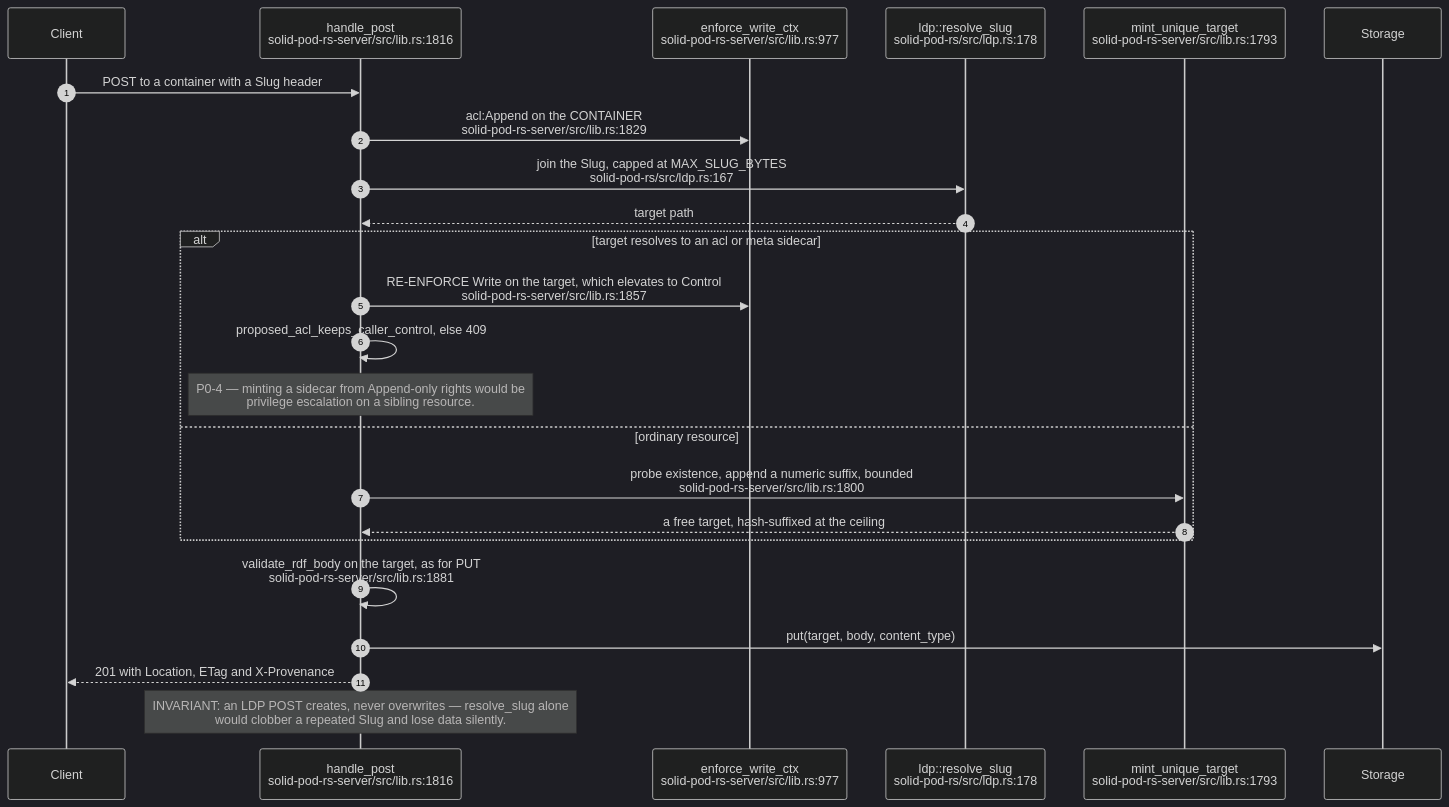
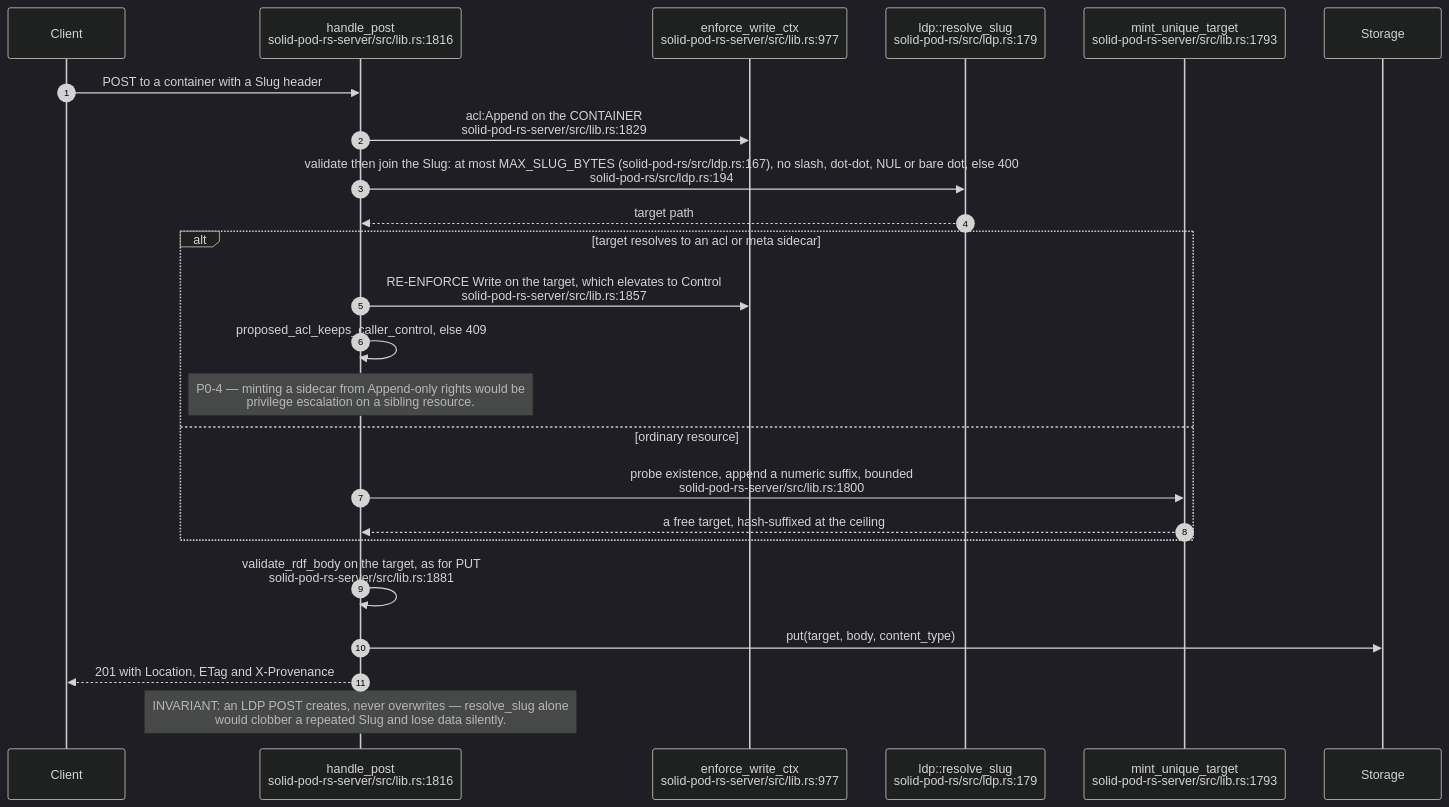
The fourth of 11 diagrams in docs/diagrams/solid-pod-rs/03-ldp-request-lifecycle.md (DreamLab-AI/VisionFlow), drawn with Mermaid (dark theme) before and after one commit. The commit also changed other lines of this file and 145 other files, not shown here.

````diff
--- a/docs/diagrams/solid-pod-rs/03-ldp-request-lifecycle.md
+++ b/docs/diagrams/solid-pod-rs/03-ldp-request-lifecycle.md
@@ -123,27 +123,27 @@
 ```mermaid
 sequenceDiagram
     autonumber
     participant C as Client
     participant P as handle_post<br/>solid-pod-rs-server/src/lib.rs:1816
     participant W as enforce_write_ctx<br/>solid-pod-rs-server/src/lib.rs:977
-    participant SL as ldp::resolve_slug<br/>solid-pod-rs/src/ldp.rs:178
+    participant SL as ldp::resolve_slug<br/>solid-pod-rs/src/ldp.rs:179
     participant MU as mint_unique_target<br/>solid-pod-rs-server/src/lib.rs:1793
     participant S as Storage
 
     C->>P: POST to a container with a Slug header
     P->>W: acl:Append on the CONTAINER<br/>solid-pod-rs-server/src/lib.rs:1829
-    P->>SL: join the Slug, capped at MAX_SLUG_BYTES<br/>solid-pod-rs/src/ldp.rs:167
+    P->>SL: validate then join the Slug: at most MAX_SLUG_BYTES (solid-pod-rs/src/ldp.rs:167), no slash, dot-dot, NUL or bare dot, else 400<br/>solid-pod-rs/src/ldp.rs:194
     SL-->>P: target path
     alt target resolves to an acl or meta sidecar
         P->>W: RE-ENFORCE Write on the target, which elevates to Control<br/>solid-pod-rs-server/src/lib.rs:1857
         P->>P: proposed_acl_keeps_caller_control, else 409
         Note over P: P0-4 — minting a sidecar from Append-only rights would be<br/>privilege escalation on a sibling resource.
     else ordinary resource
         P->>MU: probe existence, append a numeric suffix, bounded<br/>solid-pod-rs-server/src/lib.rs:1800
         MU-->>P: a free target, hash-suffixed at the ceiling
     end
     P->>P: validate_rdf_body on the target, as for PUT<br/>solid-pod-rs-server/src/lib.rs:1881
     P->>S: put(target, body, content_type)
     P-->>C: 201 with Location, ETag and X-Provenance
     Note over P: INVARIANT: an LDP POST creates, never overwrites — resolve_slug alone<br/>would clobber a repeated Slug and lose data silently.
 ```
````
